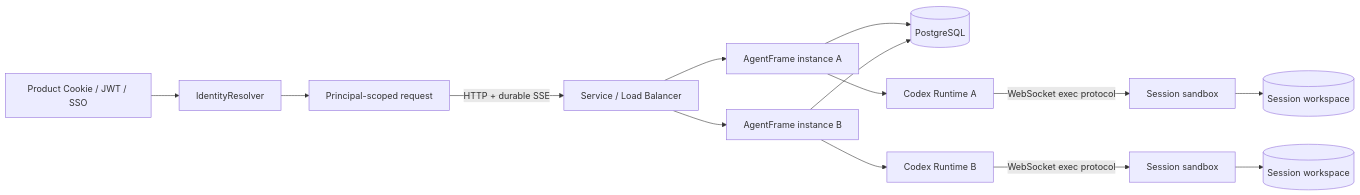
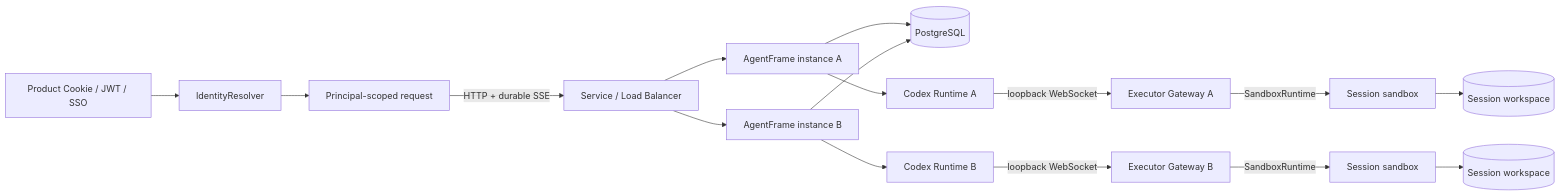
The diagram in docs/architecture.md (tinypoint/Efferva), drawn with Mermaid before and after one commit. The commit also changed other lines of this file and 38 other files, not shown here.

Commit message:
add provider-neutral sandbox runtime

````diff
--- a/docs/architecture.md
+++ b/docs/architecture.md
@@ -5,16 +5,18 @@
 ```mermaid
 flowchart LR
   I["Product Cookie / JWT / SSO"] --> R["IdentityResolver"]
   R --> B["Principal-scoped request"]
   B -->|"HTTP + durable SSE"| L["Service / Load Balancer"]
   L --> A1["AgentFrame instance A"]
   L --> A2["AgentFrame instance B"]
   A1 --> P[("PostgreSQL")]
   A2 --> P
   A1 --> R1["Codex Runtime A"]
   A2 --> R2["Codex Runtime B"]
-  R1 -->|"WebSocket exec protocol"| S1["Session sandbox"]
-  R2 -->|"WebSocket exec protocol"| S2["Session sandbox"]
+  R1 -->|"loopback WebSocket"| G1["Executor Gateway A"]
+  R2 -->|"loopback WebSocket"| G2["Executor Gateway B"]
+  G1 -->|"SandboxRuntime"| S1["Session sandbox"]
+  G2 -->|"SandboxRuntime"| S2["Session sandbox"]
   S1 --> W1[("Session workspace")]
   S2 --> W2[("Session workspace")]
 ```
````
